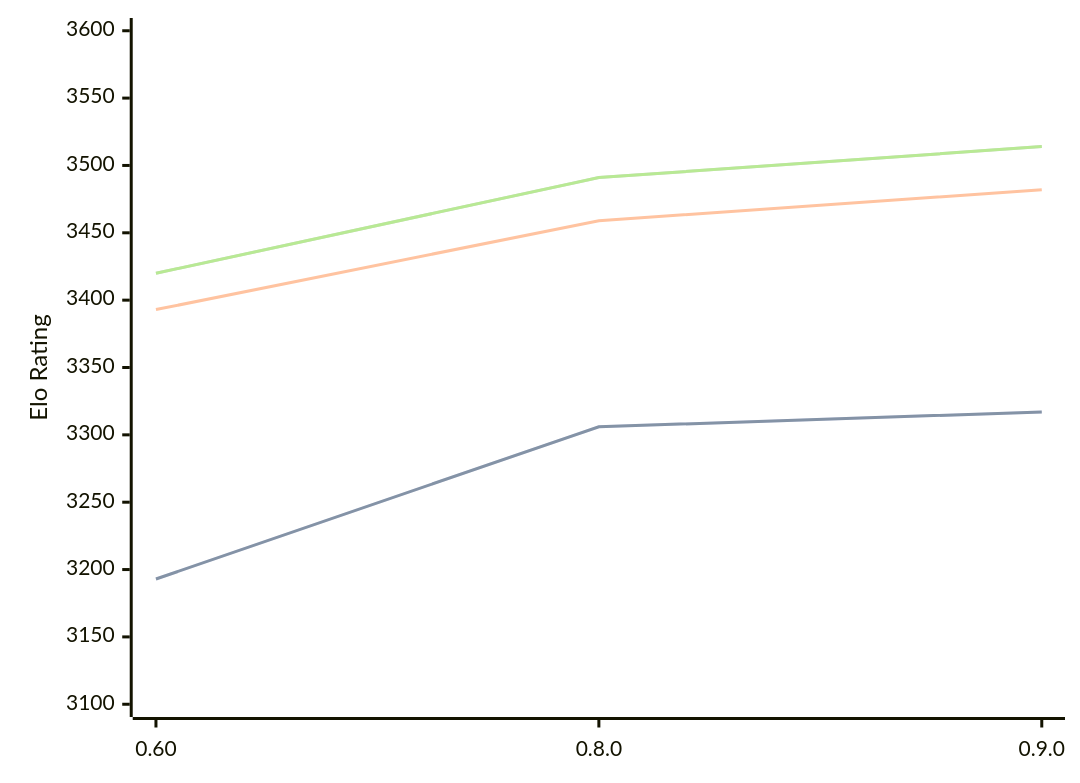
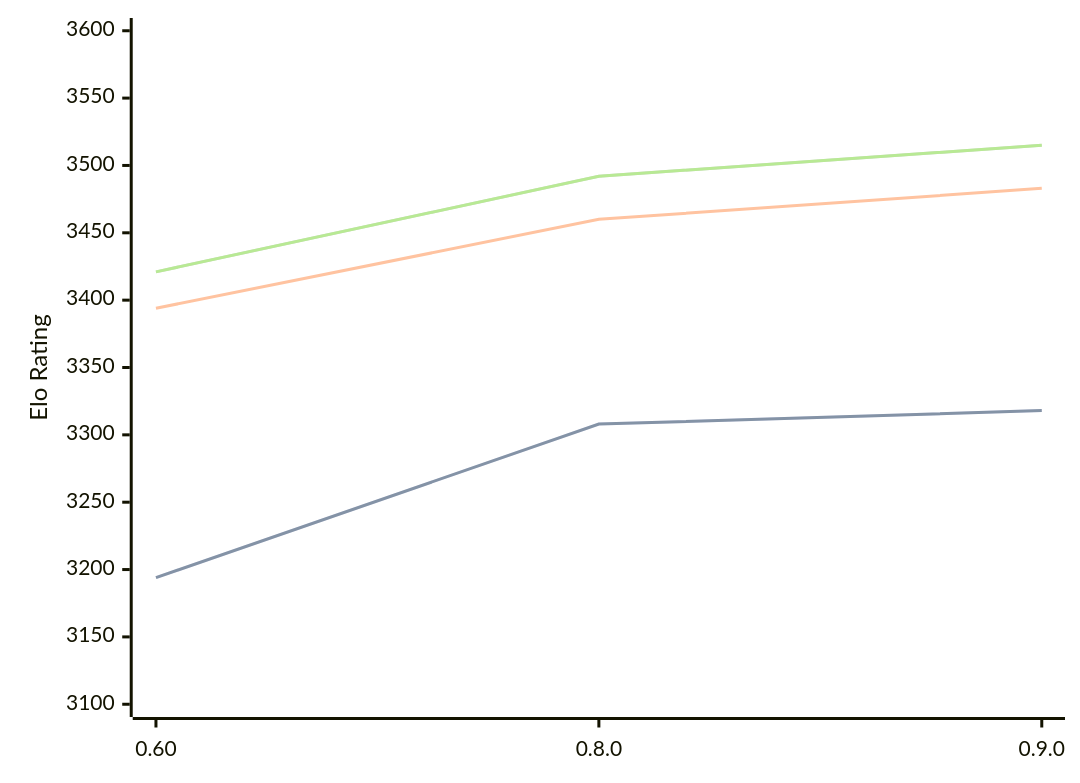
Before and after one commit to computer-chess-index/cci: the diagram in engines/Motor.md, drawn with Mermaid. The commit also changed other lines of this file, not shown here.

Commit message:
Update CCI Ratings (ELO VLTC) - 2026-06-11

````diff
--- a/engines/Motor.md
+++ b/engines/Motor.md
@@ -39,11 +39,11 @@
 ```mermaid
 %%{init: {"theme":"base","themeVariables":{"seriesColors:['#a3a3a3','#222221','#faa371']}}}%%
 xychart-beta
   x-axis ["0.60", "0.8.0", "0.9.0"]
   y-axis "Elo Rating" 3100 --> 3600
-  line "STC (8.0+0.08s)" [3193, 3306, 3317]
-  line "STC (8.0+0.08s)" [3193, 3306, 3317]
-  line "LTC (60.0+0.60s)" [3393, 3459, 3482]
-  line "VLTC (2m24s+1.12s)" [3420, 3491, 3514]
-  line "VLTC (2m24s+1.12s)" [3420, 3491, 3514]
+  line "STC (8.0+0.08s)" [3194, 3308, 3318]
+  line "STC (8.0+0.08s)" [3194, 3308, 3318]
+  line "LTC (60.0+0.60s)" [3394, 3460, 3483]
+  line "VLTC (2m24s+1.12s)" [3421, 3492, 3515]
+  line "VLTC (2m24s+1.12s)" [3421, 3492, 3515]
 ```
````
